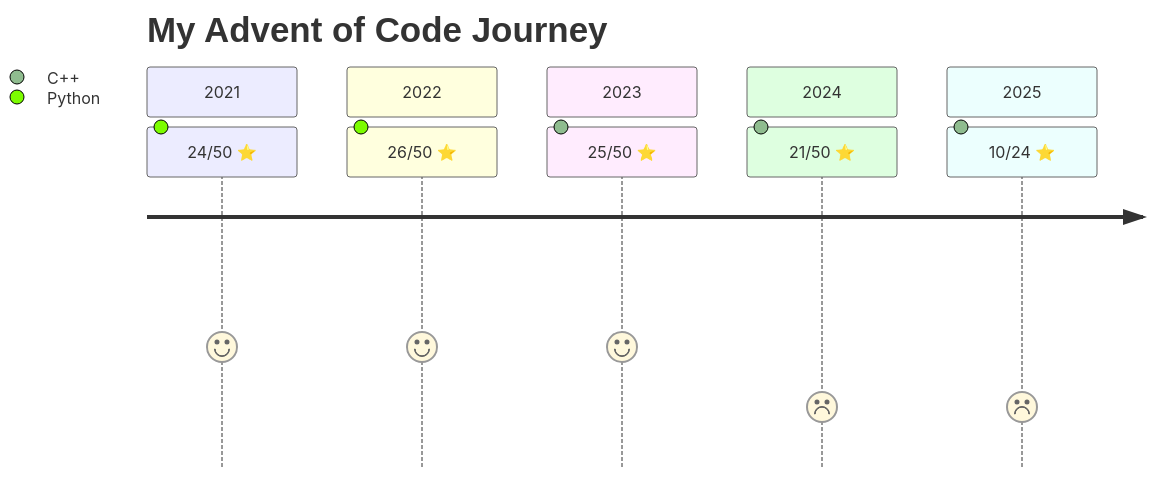
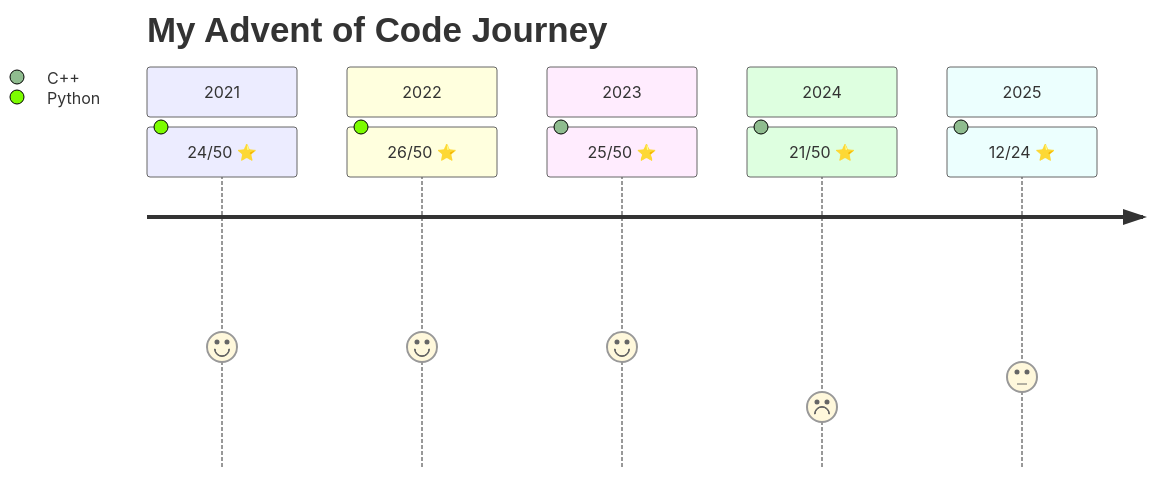
The diagram in README.md (mlcsthor/advent-of-code), drawn with Mermaid before and after one commit. The commit also changed 2 other files, not shown here.

Commit message:
✨ Add 2025 Day07

````diff
--- a/README.md
+++ b/README.md
@@ -1,14 +1,14 @@
 ```mermaid
 journey
     title My Advent of Code Journey
     section 2021
       24/50 ⭐: 4: Python
     section 2022
       26/50 ⭐: 4: Python
     section 2023
       25/50 ⭐: 4: C++
     section 2024
       21/50 ⭐: 2: C++
     section 2025
-      10/24 ⭐: 2: C++
+      12/24 ⭐: 3: C++
 ```
````
